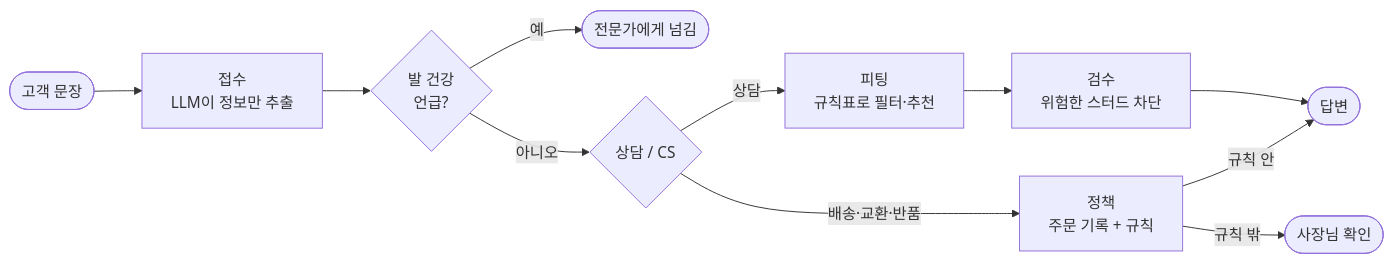
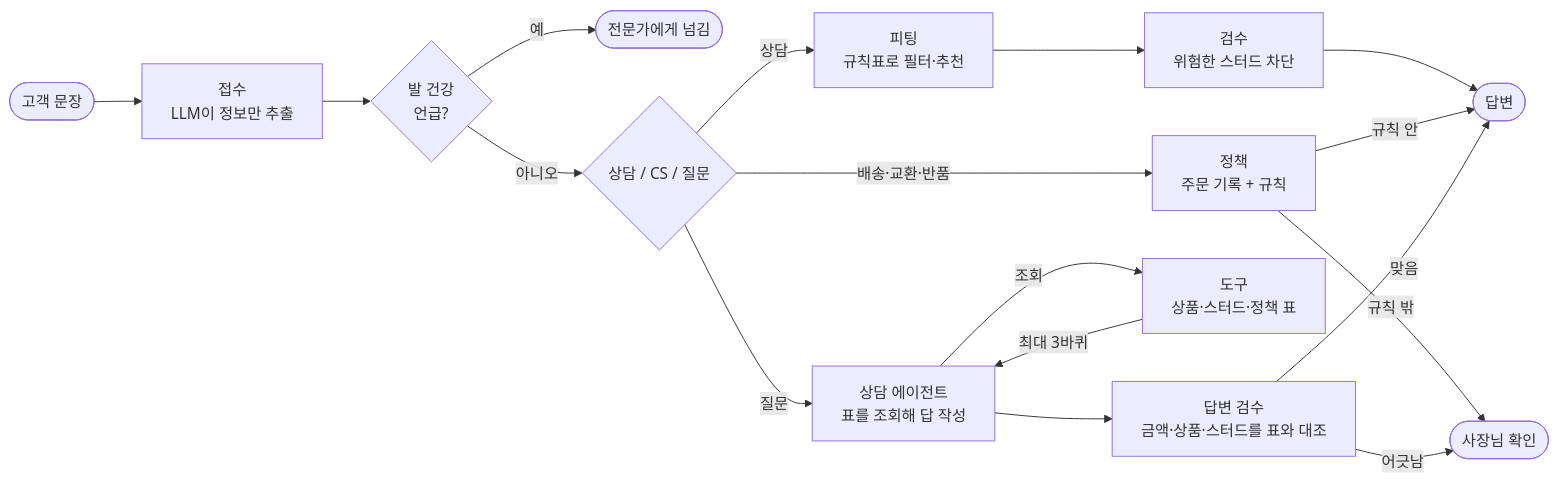
Before and after one commit to qkrrlxor627/football-site-sales-agent: the first of 2 diagrams in README.md, drawn with Mermaid. The commit also changed other lines of this file and 14 other files, not shown here.

````diff
--- a/README.md
+++ b/README.md
@@ -127,13 +127,19 @@
 ```mermaid
 flowchart LR
     S([고객 문장]) --> I[접수<br>LLM이 정보만 추출]
     I --> G{발 건강<br>언급?}
     G -- 예 --> H([전문가에게 넘김])
-    G -- 아니오 --> C{상담 / CS}
+    G -- 아니오 --> C{상담 / CS / 질문}
     C -- 상담 --> F[피팅<br>규칙표로 필터·추천]
     F --> R[검수<br>위험한 스터드 차단]
     C -- 배송·교환·반품 --> P[정책<br>주문 기록 + 규칙]
+    C -- 질문 --> Q[상담 에이전트<br>표를 조회해 답 작성]
+    Q -- 조회 --> T[도구<br>상품·스터드·정책 표]
+    T -- 최대 3바퀴 --> Q
+    Q --> V[답변 검수<br>금액·상품·스터드를 표와 대조]
     R --> A([답변])
     P -- 규칙 안 --> A
     P -- 규칙 밖 --> O([사장님 확인])
+    V -- 맞음 --> A
+    V -- 어긋남 --> O
 ```
````
